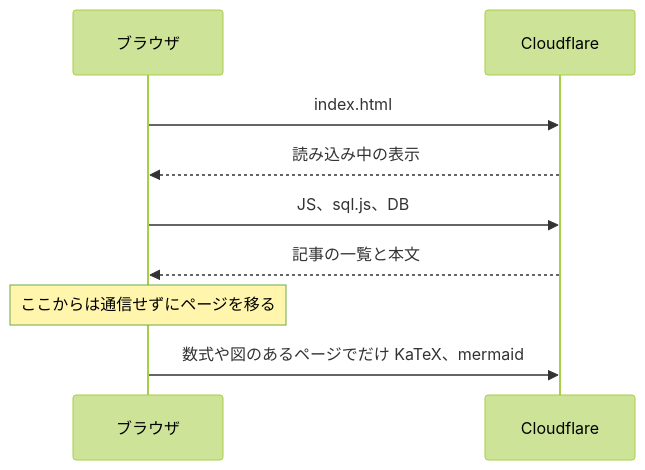
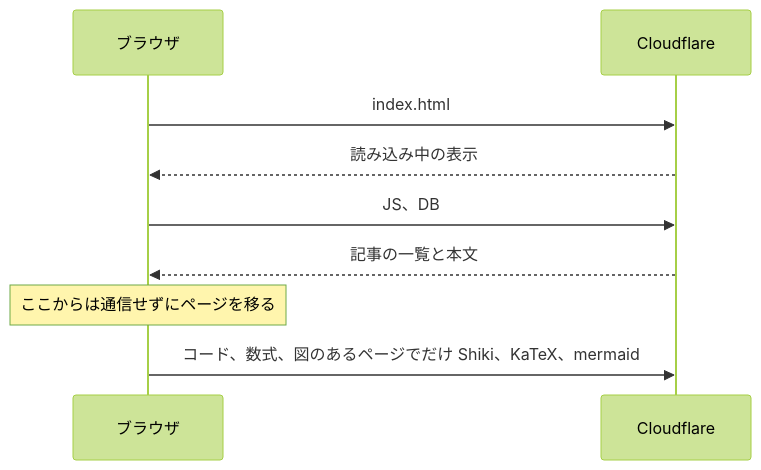
Before and after one commit to tett23/sqlite-cms: the diagram in example/content/articles/about-this-blog.md, drawn with Mermaid (forest theme). The commit also changed other lines of this file and 34 other files, not shown here.

````diff
--- a/example/content/articles/about-this-blog.md
+++ b/example/content/articles/about-this-blog.md
@@ -36,11 +38,11 @@
 ```mermaid
 sequenceDiagram
   participant B as ブラウザ
   participant C as Cloudflare
   B->>C: index.html
   C-->>B: 読み込み中の表示
-  B->>C: JS、sql.js、DB
+  B->>C: JS、DB
   C-->>B: 記事の一覧と本文
   Note over B: ここからは通信せずにページを移る
-  B->>C: 数式や図のあるページでだけ KaTeX、mermaid
+  B->>C: コード、数式、図のあるページでだけ Shiki、KaTeX、mermaid
 ```
````
